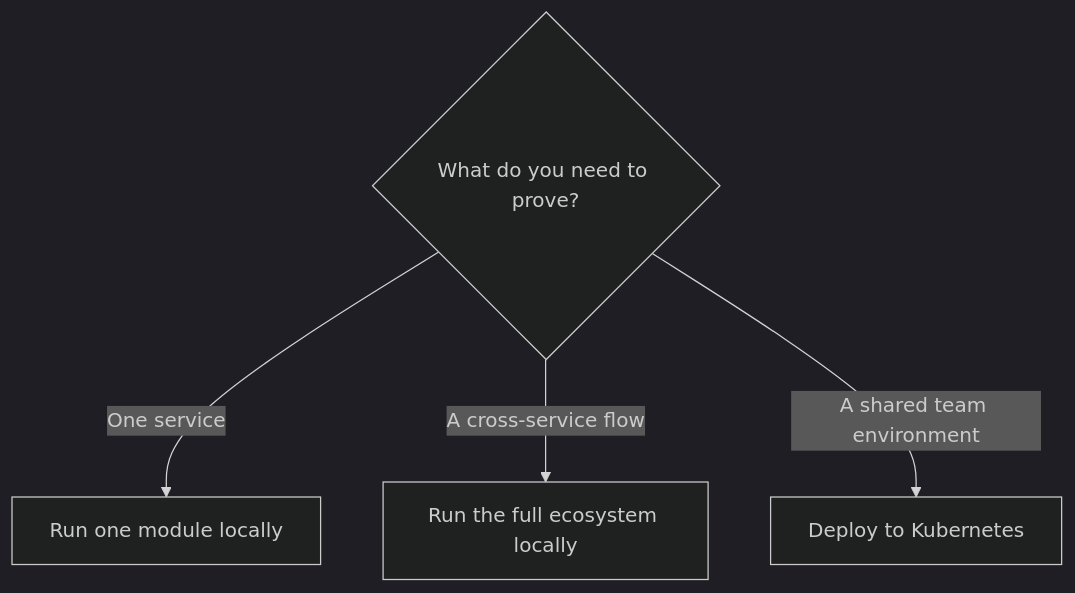
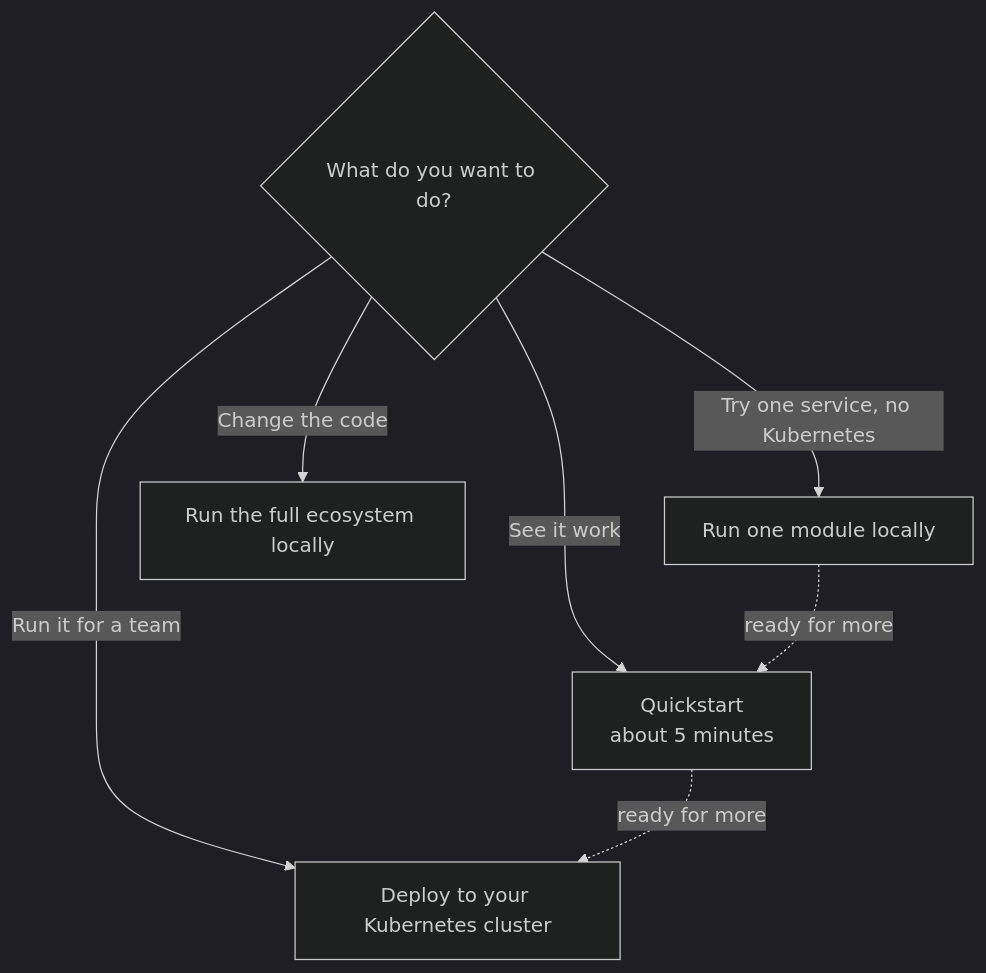
One commit to Labs64/labs64.io-docs changed the diagram in getting-started/index.md. Above: the diagram before and after it, drawn with Mermaid (dark theme). The commit also changed other lines of this file and 20 other files, not shown here.

````diff
--- a/getting-started/index.md
+++ b/getting-started/index.md
@@ -26,7 +23,10 @@
 ```mermaid
 flowchart TD
-  Q{"What do you need to prove?"}
-  Q -->|"One service"| D["Run one module locally"]
-  Q -->|"A cross-service flow"| K["Run the full ecosystem locally"]
-  Q -->|"A shared team environment"| H["Deploy to Kubernetes"]
+  Q{"What do you want to do?"}
+  Q -->|"See it work"| A["Quickstart<br/>about 5 minutes"]
+  Q -->|"Try one service, no Kubernetes"| B["Run one module locally"]
+  Q -->|"Run it for a team"| C["Deploy to your Kubernetes cluster"]
+  Q -->|"Change the code"| D["Run the full ecosystem locally"]
+  A -.->|"ready for more"| C
+  B -.->|"ready for more"| A
 ```
````
